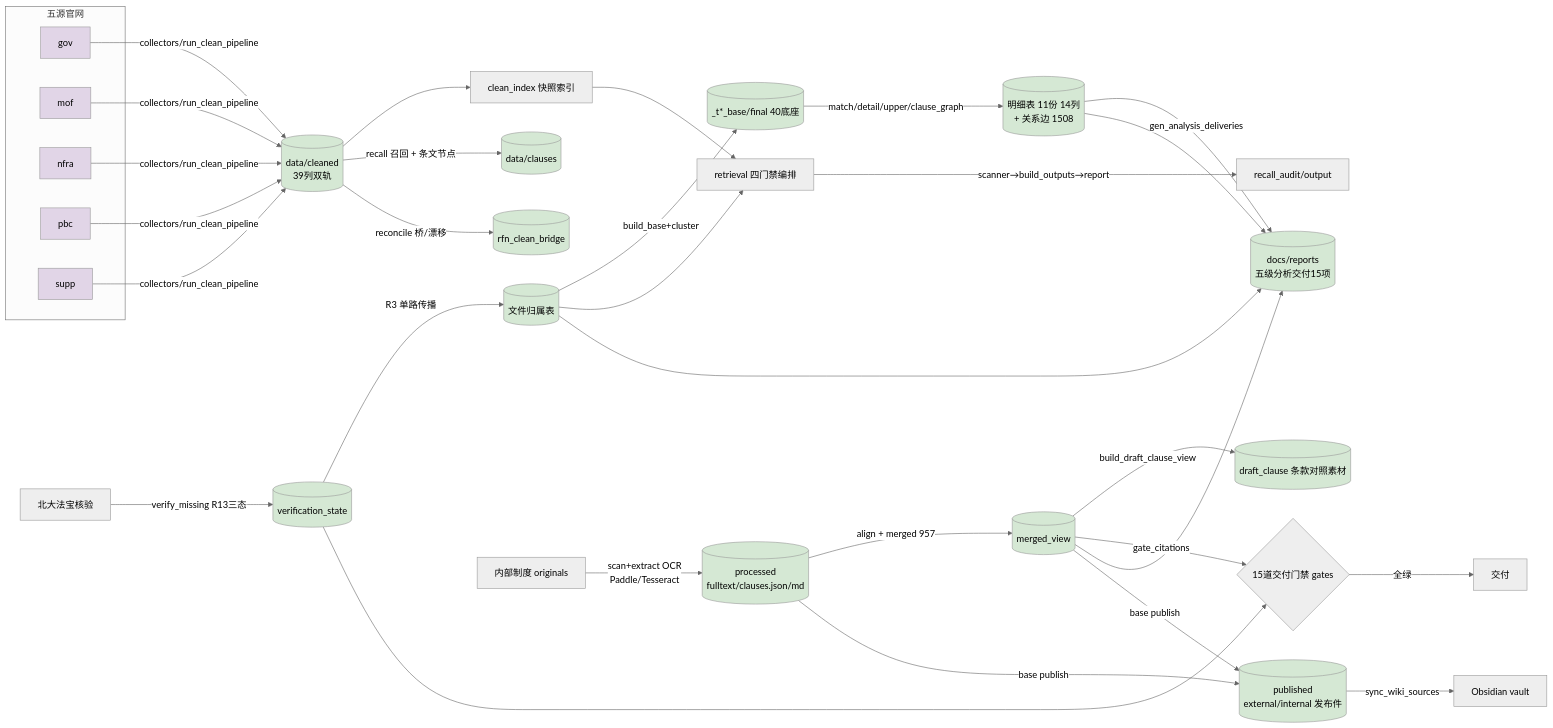
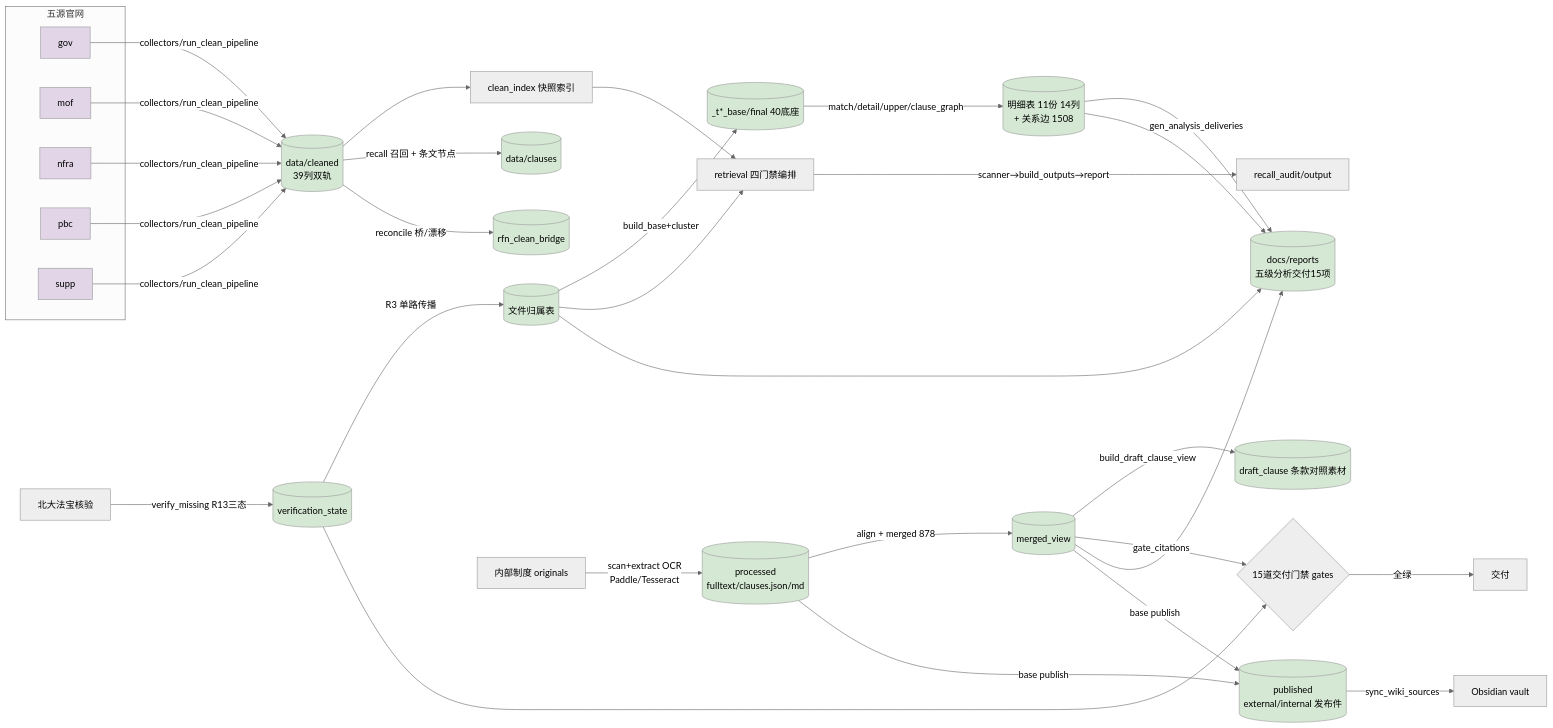
Before and after one commit to wangtierui/orchestrator: the second of 2 diagrams in README.md, drawn with Mermaid (neutral theme). The commit also changed other lines of this file and 14 other files, not shown here.

````diff
--- a/README.md
+++ b/README.md
@@ -174,30 +174,30 @@
 ```mermaid
 flowchart LR
     subgraph SRC[五源官网]
         G[gov] ; M[mof] ; N[nfra] ; P[pbc] ; S[supp]
     end
     G & M & N & P & S -->|collectors/run_clean_pipeline| C[(data/cleaned<br/>39列双轨)]
     C --> CI[clean_index 快照索引]
     C -->|recall 召回 + 条文节点| CL[(data/clauses)]
     C -->|reconcile 桥/漂移| B[(rfn_clean_bridge)]
     V[北大法宝核验] -->|verify_missing R13三态| ST[(verification_state)] -->|R3 单路传播| AT[(文件归属表)]
     AT -->|build_base+cluster| BS[(_t*_base/final 40底座)]
     BS -->|match/detail/upper/clause_graph| DT[(明细表 11份 14列<br/>+ 关系边 1508)]
     CI --> R[retrieval 四门禁编排]
     AT --> R
     R --->|scanner→build_outputs→report| OUT[recall_audit/output]
     INT[内部制度 originals] -->|scan+extract OCR<br/>Paddle/Tesseract| PC[(processed<br/>fulltext/clauses.json/md)]
-    PC -->|align + merged 957| MV[(merged_view)]
+    PC -->|align + merged 878| MV[(merged_view)]
     MV -->|build_draft_clause_view| DK[(draft_clause 条款对照素材)]
     MV -->|gate_citations| G8{15道交付门禁 gates}
     ST --> G8
     DT -->|gen_analysis_deliveries| AN[(docs/reports<br/>五级分析交付15项)]
     AT & DT & MV --> AN
     PC & MV -->|base publish| PUB[(published<br/>external/internal 发布件)]
     PUB -->|sync_wiki_sources| KB[Obsidian vault]
     G8 -->|全绿| OK[交付]
     classDef src fill:#e1d5e7
     classDef store fill:#d5e8d4
     class G,M,N,P,S src
     class C,CL,B,ST,AT,BS,DT,PC,MV,DK,AN,PUB store
 ```
````
